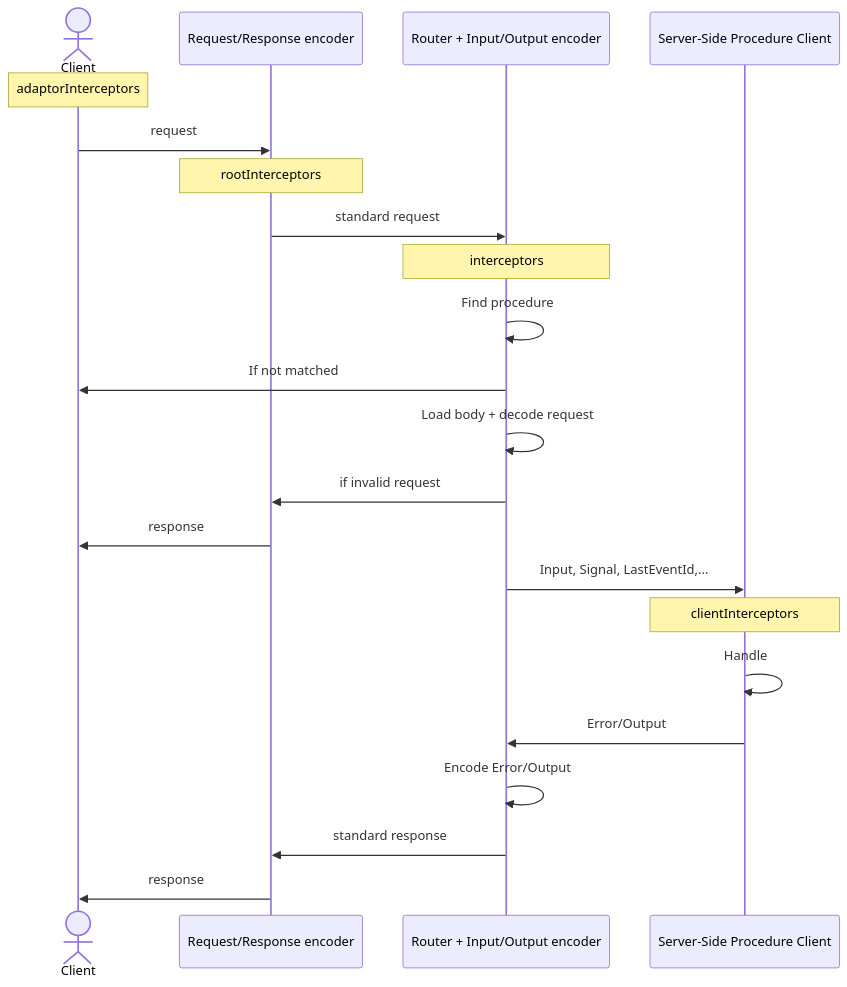
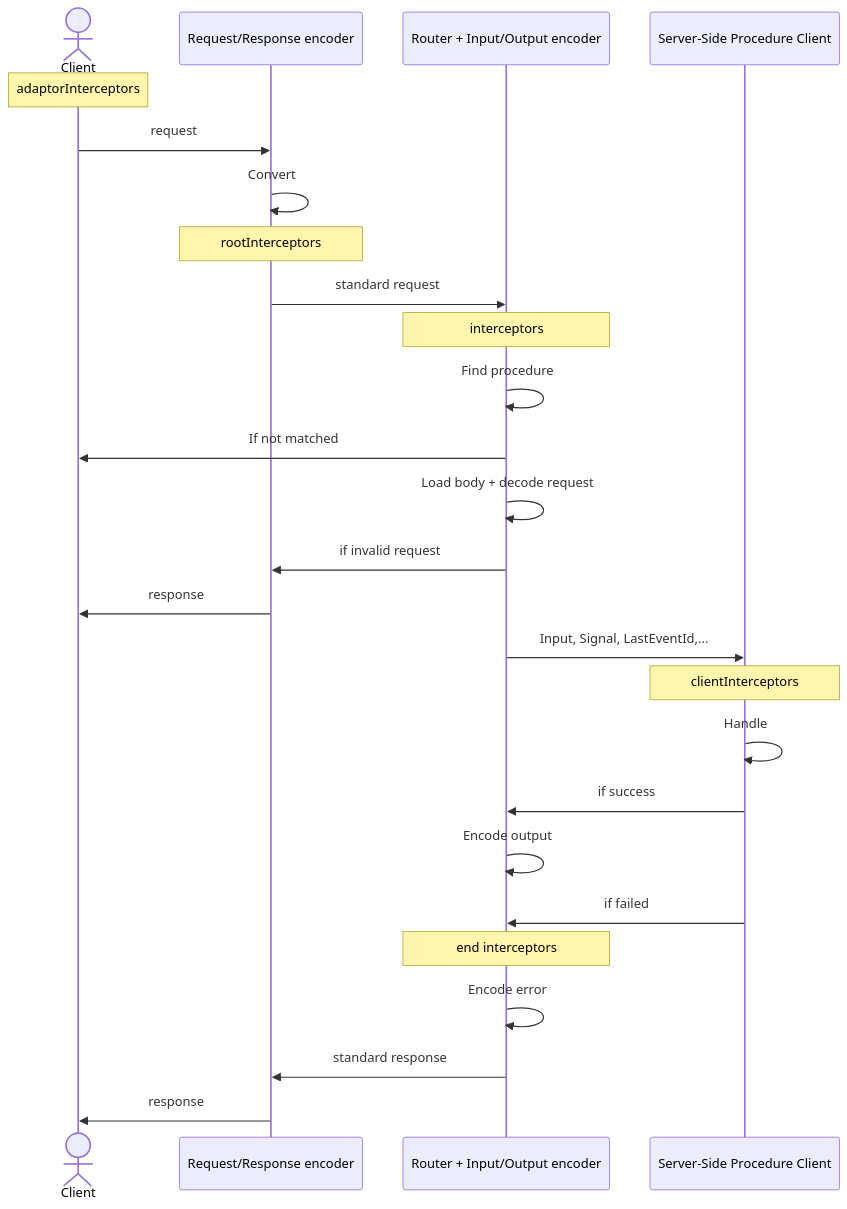
The diagram in apps/content/docs/rpc-handler.md (xiaoyu2er/orpc), drawn with Mermaid before and after one commit.

Commit message:
improve handler interceptor

````diff
--- a/apps/content/docs/rpc-handler.md
+++ b/apps/content/docs/rpc-handler.md
@@ -106,25 +106,29 @@
 ```mermaid
 sequenceDiagram
   actor A1 as Client
   participant P3 as Request/Response encoder
   participant P4 as Router + Input/Output encoder
   participant P5 as Server-Side Procedure Client
 
   Note over A1: adaptorInterceptors
   A1 ->> P3: request
+  P3 ->> P3: Convert
   Note over P3: rootInterceptors
   P3 ->> P4: standard request
   Note over P4: interceptors
   P4 ->> P4: Find procedure
   P4 ->> A1: If not matched
   P4 ->> P4: Load body + decode request
   P4 ->> P3: if invalid request
   P3 ->> A1: response
   P4 ->> P5: Input, Signal, LastEventId,...
   Note over P5: clientInterceptors
   P5 ->> P5: Handle
-  P5 ->> P4: Error/Output
-  P4 ->> P4: Encode Error/Output
+  P5 ->> P4: if success
+  P4 ->> P4: Encode output
+  P5 ->> P4: if failed
+  Note over P4: end interceptors
+  P4 ->> P4: Encode error
   P4 ->> P3: standard response
   P3 ->> A1: response
 ```
````
